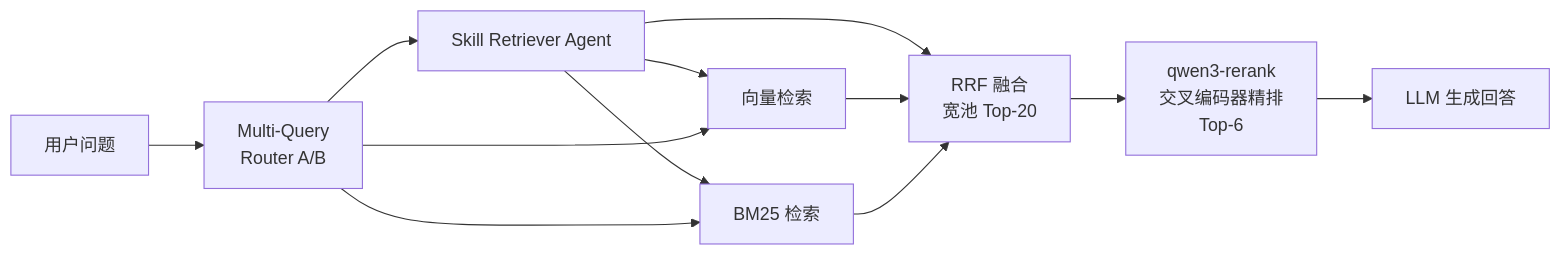
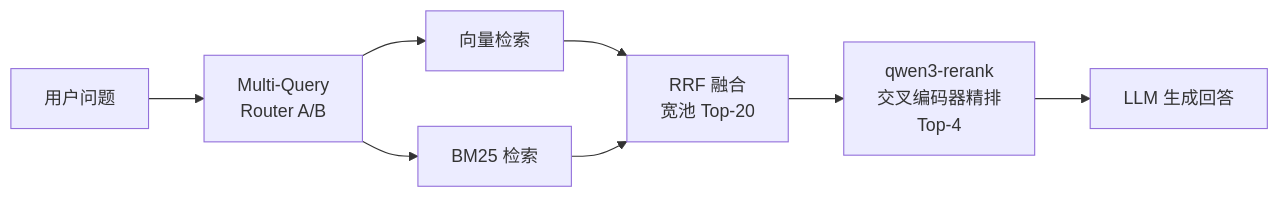
One commit to root486/langchain-localAgent changed the diagram in README.md. Above: the diagram before and after it, drawn with Mermaid. The commit also changed other lines of this file and 88 other files, not shown here.

````diff
--- a/README.md
+++ b/README.md
@@ -45,14 +43,10 @@
 ```mermaid
 flowchart LR
     U["用户问题"] --> E["Multi-Query<br/>Router A/B"]
-    E --> S["Skill Retriever Agent"]
-    S --> V["向量检索"]
-    S --> B["BM25 检索"]
-    E --> V
-    E --> B
-    S --> F["RRF 融合<br/>宽池 Top-20"]
-    V --> F
+    E --> V["向量检索"]
+    E --> B["BM25 检索"]
+    V --> F["RRF 融合<br/>宽池 Top-20"]
     B --> F
-    F --> R["qwen3-rerank<br/>交叉编码器精排<br/>Top-6"]
+    F --> R["qwen3-rerank<br/>交叉编码器精排<br/>Top-4"]
     R --> G["LLM 生成回答"]
 ```
````
